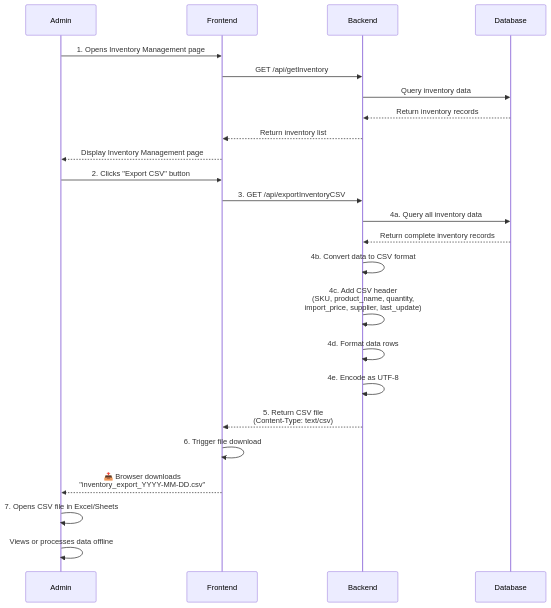
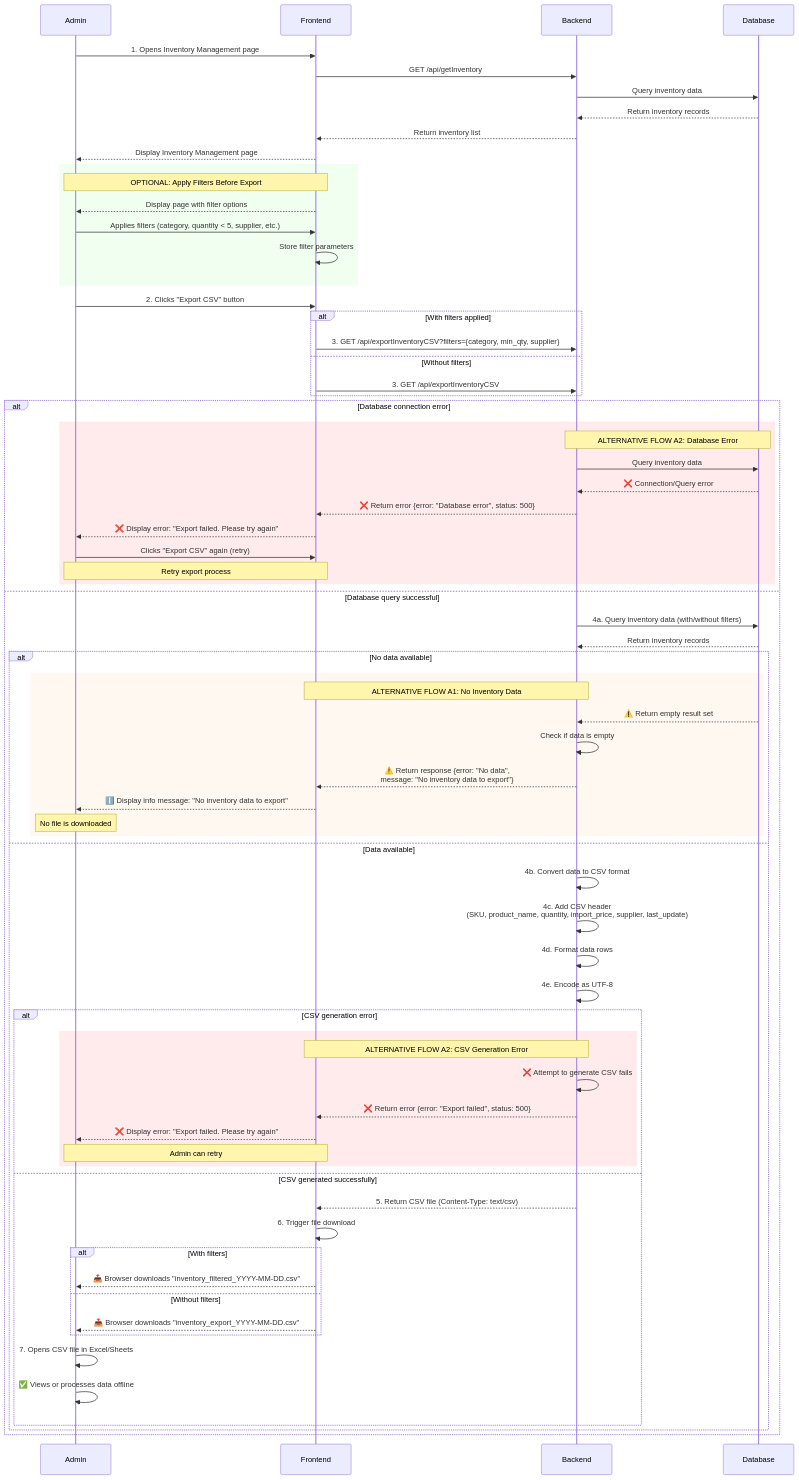
Before and after one commit to phuongloannn/bicycle-web-FE: the second of 2 diagrams in UML_Sequence_Diagram_Inventory_CSV.md, drawn with Mermaid. The commit also changed other lines of this file, not shown here.

Commit message:
your message

````diff
--- a/UML_Sequence_Diagram_Inventory_CSV.md
+++ b/UML_Sequence_Diagram_Inventory_CSV.md
@@ -221,33 +184,82 @@
 ```mermaid
 sequenceDiagram
-    participant Admin as Admin
-    participant Frontend as Frontend
-    participant Backend as Backend
-    participant Database as Database
+    participant Admin
+    participant Frontend
+    participant Backend
+    participant Database
 
     Admin->>Frontend: 1. Opens Inventory Management page
     Frontend->>Backend: GET /api/getInventory
     Backend->>Database: Query inventory data
     Database-->>Backend: Return inventory records
     Backend-->>Frontend: Return inventory list
     Frontend-->>Admin: Display Inventory Management page
 
+    rect rgb(240, 255, 240)
+        Note over Admin,Frontend: OPTIONAL: Apply Filters Before Export
+        Frontend-->>Admin: Display page with filter options
+        Admin->>Frontend: Applies filters (category, quantity < 5, supplier, etc.)
+        Frontend->>Frontend: Store filter parameters
+    end
+
     Admin->>Frontend: 2. Clicks "Export CSV" button
     
-    Frontend->>Backend: 3. GET /api/exportInventoryCSV
-    Backend->>Database: 4a. Query all inventory data
-    Database-->>Backend: Return complete inventory records
+    alt With filters applied
+        Frontend->>Backend: 3. GET /api/exportInventoryCSV?filters={category, min_qty, supplier}
+    else Without filters
+        Frontend->>Backend: 3. GET /api/exportInventoryCSV
+    end
     
-    Backend->>Backend: 4b. Convert data to CSV format
-    Backend->>Backend: 4c. Add CSV header<br/>(SKU, product_name, quantity,<br/>import_price, supplier, last_update)
-    Backend->>Backend: 4d. Format data rows
-    Backend->>Backend: 4e. Encode as UTF-8
-    
-    Backend-->>Frontend: 5. Return CSV file<br/>(Content-Type: text/csv)
-    
-    Frontend->>Frontend: 6. Trigger file download
-    Frontend-->>Admin: 📥 Browser downloads<br/>"inventory_export_YYYY-MM-DD.csv"
-    
-    Admin->>Admin: 7. Opens CSV file in Excel/Sheets
-    Admin->>Admin: Views or processes data offline
+    alt Database connection error
+        rect rgb(255, 235, 235)
+            Note over Backend,Database: ALTERNATIVE FLOW A2: Database Error
+            Backend->>Database: Query inventory data
+            Database-->>Backend: ❌ Connection/Query error
+            Backend-->>Frontend: ❌ Return error {error: "Database error", status: 500}
+            Frontend-->>Admin: ❌ Display error: "Export failed. Please try again"
+            Admin->>Frontend: Clicks "Export CSV" again (retry)
+            Note over Admin,Frontend: Retry export process
+        end
+    else Database query successful
+        Backend->>Database: 4a. Query inventory data (with/without filters)
+        Database-->>Backend: Return inventory records
+        
+        alt No data available
+            rect rgb(255, 248, 240)
+                Note over Backend,Frontend: ALTERNATIVE FLOW A1: No Inventory Data
+                Database-->>Backend: ⚠️ Return empty result set
+                Backend->>Backend: Check if data is empty
+                Backend-->>Frontend: ⚠️ Return response {error: "No data",<br/>message: "No inventory data to export"}
+                Frontend-->>Admin: ℹ️ Display info message: "No inventory data to export"
+                Note over Admin: No file is downloaded
+            end
+        else Data available
+            Backend->>Backend: 4b. Convert data to CSV format
+            Backend->>Backend: 4c. Add CSV header<br/>(SKU, product_name, quantity, import_price, supplier, last_update)
+            Backend->>Backend: 4d. Format data rows
+            Backend->>Backend: 4e. Encode as UTF-8
+            
+            alt CSV generation error
+                rect rgb(255, 235, 235)
+                    Note over Backend,Frontend: ALTERNATIVE FLOW A2: CSV Generation Error
+                    Backend->>Backend: ❌ Attempt to generate CSV fails
+                    Backend-->>Frontend: ❌ Return error {error: "Export failed", status: 500}
+                    Frontend-->>Admin: ❌ Display error: "Export failed. Please try again"
+                    Note over Admin,Frontend: Admin can retry
+                end
+            else CSV generated successfully
+                Backend-->>Frontend: 5. Return CSV file (Content-Type: text/csv)
+                Frontend->>Frontend: 6. Trigger file download
+                
+                alt With filters
+                    Frontend-->>Admin: 📥 Browser downloads "inventory_filtered_YYYY-MM-DD.csv"
+                else Without filters
+                    Frontend-->>Admin: 📥 Browser downloads "inventory_export_YYYY-MM-DD.csv"
+                end
+                
+                Admin->>Admin: 7. Opens CSV file in Excel/Sheets
+                Admin->>Admin: ✅ Views or processes data offline
+            end
+        end
+    end
 ```
````
